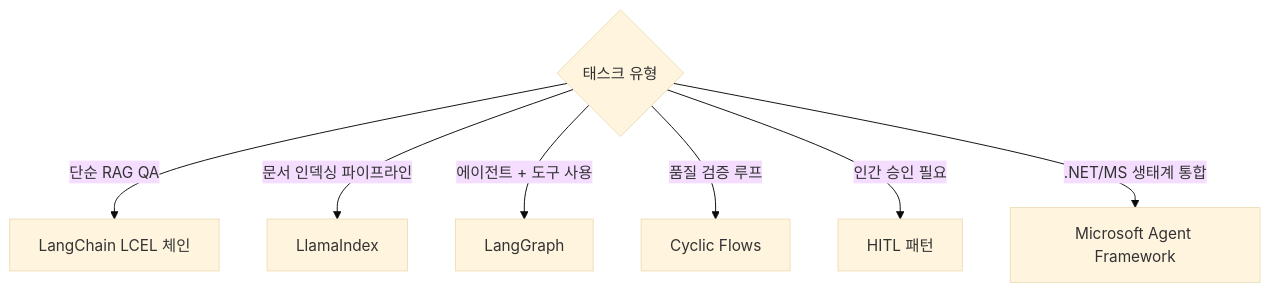
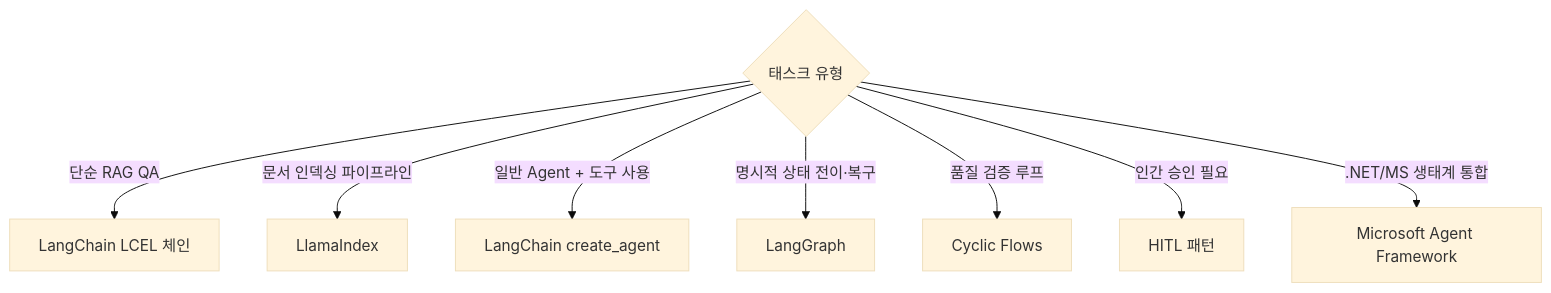
Before and after one commit to TaeHunKim/AIEngineeringLLMWiki: the second of 2 diagrams in wiki/AI/Engineering/Flow_Engineering/Flow_Engineering.md, drawn with Mermaid (base theme). The commit also changed other lines of this file and 48 other files, not shown here.

````diff
--- a/wiki/AI/Engineering/Flow_Engineering/Flow_Engineering.md
+++ b/wiki/AI/Engineering/Flow_Engineering/Flow_Engineering.md
@@ -43,9 +43,10 @@
 ```mermaid
 flowchart TD
     T{태스크 유형} -->|단순 RAG QA| LC[LangChain LCEL 체인]
     T -->|문서 인덱싱 파이프라인| LI[LlamaIndex]
-    T -->|에이전트 + 도구 사용| LG[LangGraph]
+    T -->|일반 Agent + 도구 사용| CA[LangChain create_agent]
+    T -->|명시적 상태 전이·복구| LG[LangGraph]
     T -->|품질 검증 루프| CF[Cyclic Flows]
     T -->|인간 승인 필요| HITL[HITL 패턴]
     T -->|.NET/MS 생태계 통합| MAF[Microsoft Agent Framework]
 ```
````
